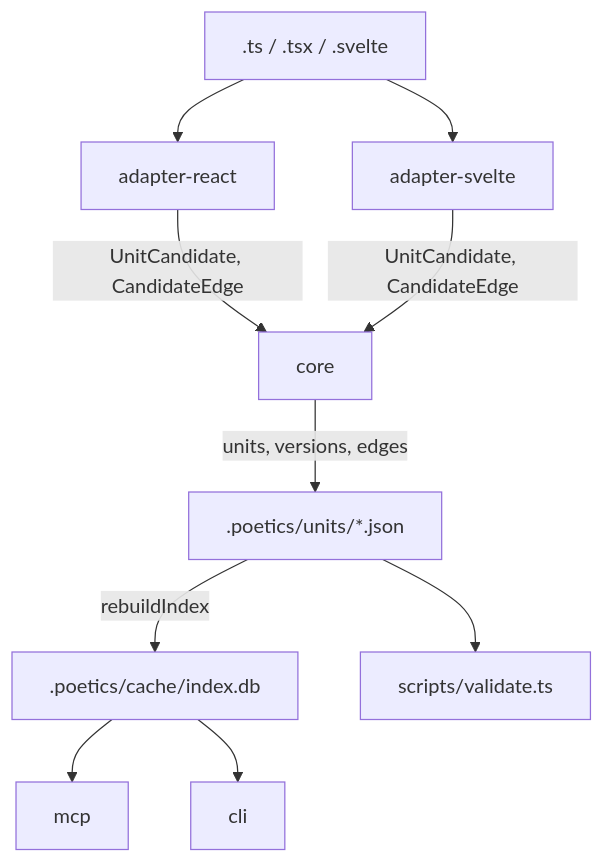
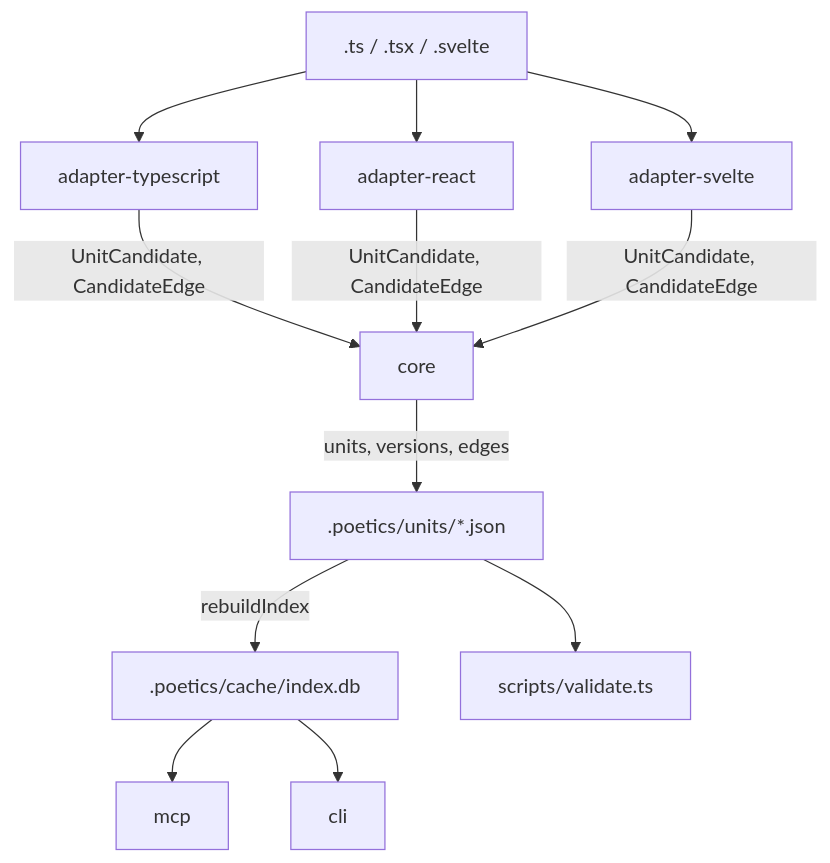
The diagram in docs/architecture.md (Pixerate/poetics), drawn with Mermaid before and after one commit. The commit also changed other lines of this file and 39 other files, not shown here.

First line of the commit message:
feat(adapter-typescript): add the TypeScript indexer

````diff
--- a/docs/architecture.md
+++ b/docs/architecture.md
@@ -7,9 +7,9 @@
 ```mermaid
 flowchart TD
-  src[".ts / .tsx / .svelte"] --> react["adapter-react"] & svelte["adapter-svelte"]
-  react & svelte -->|UnitCandidate, CandidateEdge| core["core"]
+  src[".ts / .tsx / .svelte"] --> ts["adapter-typescript"] & react["adapter-react"] & svelte["adapter-svelte"]
+  ts & react & svelte -->|UnitCandidate, CandidateEdge| core["core"]
   core -->|units, versions, edges| json[".poetics/units/*.json"]
   json -->|rebuildIndex| db[".poetics/cache/index.db"]
   db --> mcp["mcp"] & cli["cli"]
   json --> validate["scripts/validate.ts"]
 ```
````
